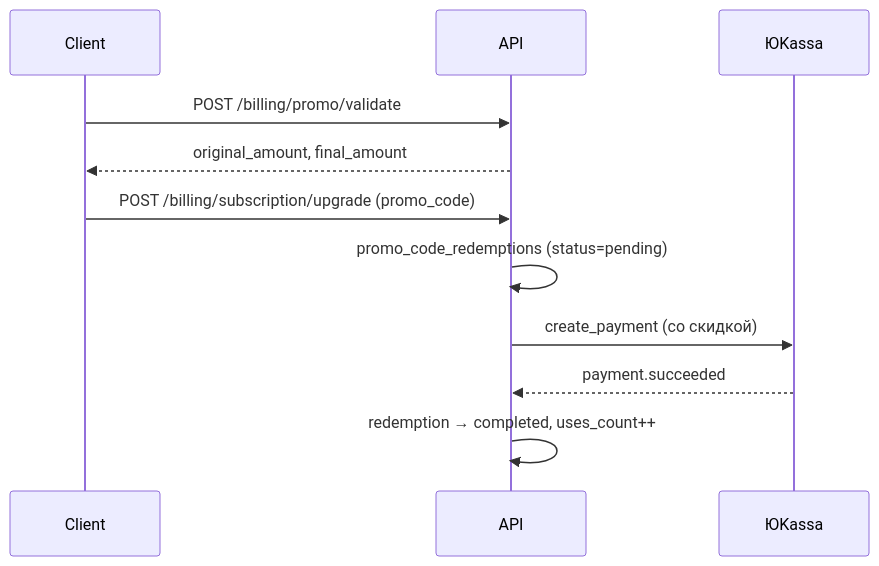
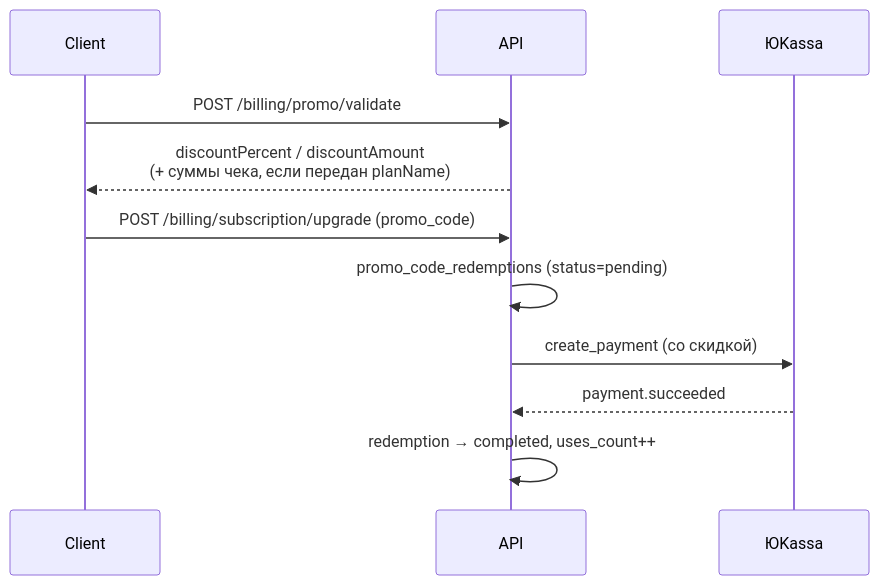
Before and after one commit to MarketHackerLabs/docs: the third of 3 diagrams in architecture/billing.md, drawn with Mermaid. The commit also changed other lines of this file and 7 other files, not shown here.

````diff
--- a/architecture/billing.md
+++ b/architecture/billing.md
@@ -461,15 +484,15 @@
 ```mermaid
 sequenceDiagram
     participant Client
     participant API
     participant YK as ЮKassa
 
     Client->>API: POST /billing/promo/validate
-    API-->>Client: original_amount, final_amount
+    API-->>Client: discountPercent / discountAmount<br/>(+ суммы чека, если передан planName)
 
     Client->>API: POST /billing/subscription/upgrade (promo_code)
     API->>API: promo_code_redemptions (status=pending)
     API->>YK: create_payment (со скидкой)
     YK-->>API: payment.succeeded
     API->>API: redemption → completed, uses_count++
 ```
````
